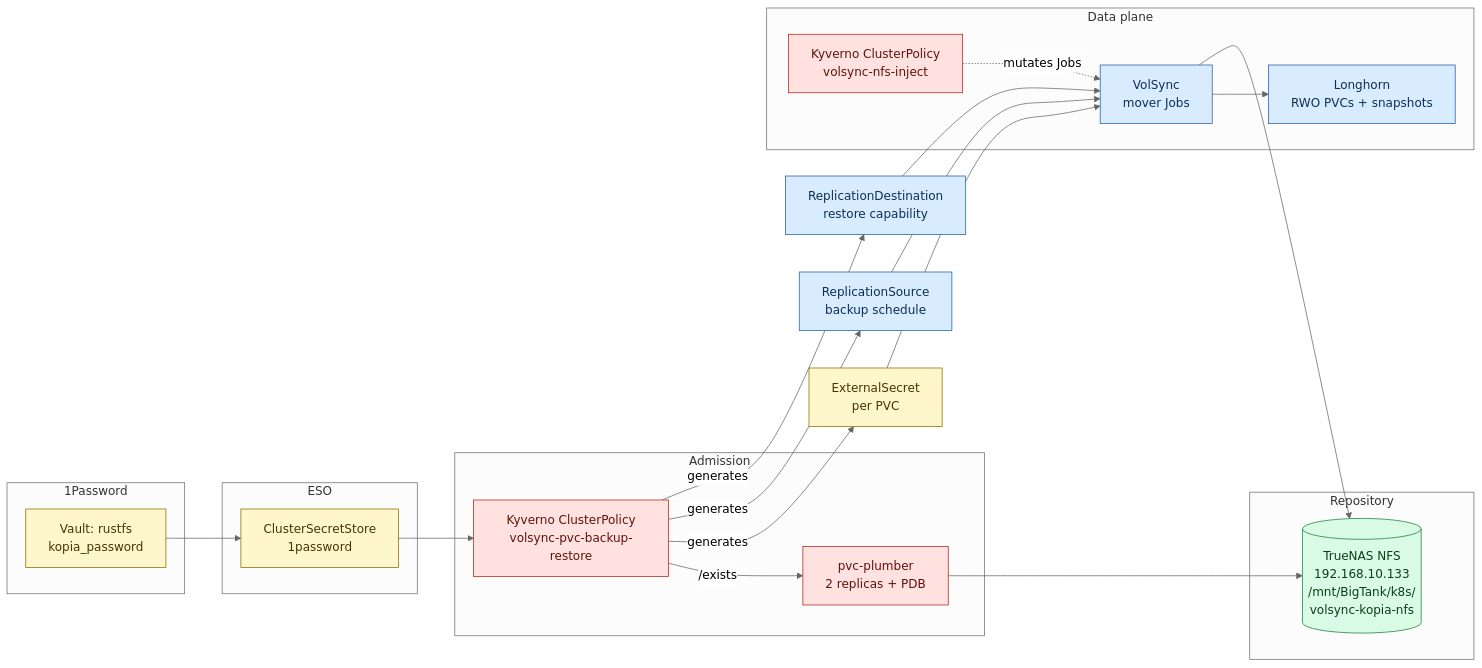
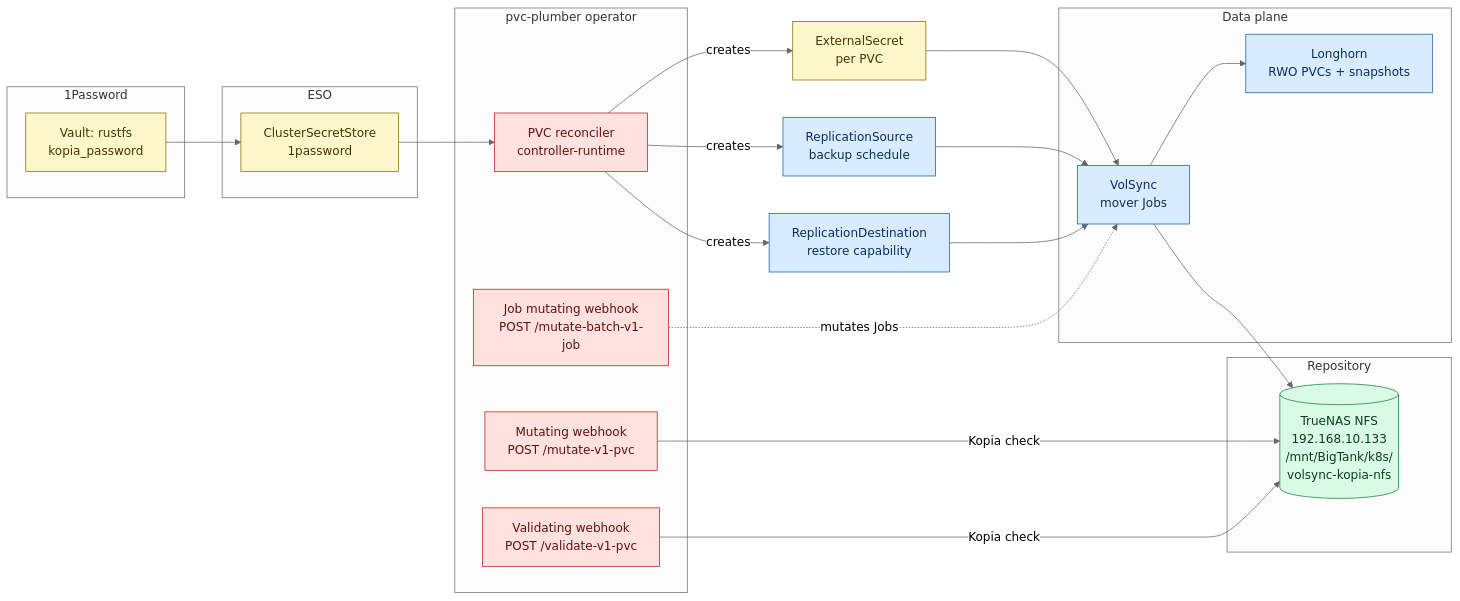
One commit to mitchross/talos-argocd-proxmox changed the fourth of 6 diagrams in docs/volsync-storage-recovery.md. Above: the diagram before and after it, drawn with Mermaid (neutral theme). The commit also changed other lines of this file and 3 other files, not shown here.

````diff
--- a/docs/volsync-storage-recovery.md
+++ b/docs/volsync-storage-recovery.md
@@ -294,42 +292,44 @@
 ```mermaid
 flowchart LR
     subgraph "1Password"
       OP[Vault: rustfs<br/>kopia_password]
     end
     subgraph "ESO"
       CSS[ClusterSecretStore<br/>1password]
     end
-    subgraph "Admission"
-      KY[Kyverno ClusterPolicy<br/>volsync-pvc-backup-restore]
-      PL[pvc-plumber<br/>2 replicas + PDB]
+    subgraph "pvc-plumber operator"
+      MUT[Mutating webhook<br/>POST /mutate-v1-pvc]
+      VAL[Validating webhook<br/>POST /validate-v1-pvc]
+      REC[PVC reconciler<br/>controller-runtime]
+      JOB[Job mutating webhook<br/>POST /mutate-batch-v1-job]
     end
     subgraph "Data plane"
       LH[Longhorn<br/>RWO PVCs + snapshots]
       VS[VolSync<br/>mover Jobs]
-      INJ[Kyverno ClusterPolicy<br/>volsync-nfs-inject]
     end
     subgraph "Repository"
       NFS[(TrueNAS NFS<br/>192.168.10.133<br/>/mnt/BigTank/k8s/<br/>volsync-kopia-nfs)]
     end
 
-    OP --> CSS --> KY
-    KY -- /exists --> PL --> NFS
-    KY -- generates --> ES[ExternalSecret<br/>per PVC]
-    KY -- generates --> RS[ReplicationSource<br/>backup schedule]
-    KY -- generates --> RD[ReplicationDestination<br/>restore capability]
+    OP --> CSS --> REC
+    MUT -- Kopia check --> NFS
+    VAL -- Kopia check --> NFS
+    REC -- creates --> ES[ExternalSecret<br/>per PVC]
+    REC -- creates --> RS[ReplicationSource<br/>backup schedule]
+    REC -- creates --> RD[ReplicationDestination<br/>restore capability]
     ES --> VS
     RS --> VS
     RD --> VS
-    INJ -. mutates Jobs .-> VS
+    JOB -. mutates Jobs .-> VS
     VS --> LH
     VS --> NFS
 
     classDef secret fill:#fff7cc,stroke:#8a6d00,color:#453500;
     classDef admit fill:#ffe1df,stroke:#b42318,color:#5f130d;
     classDef data fill:#d9ecff,stroke:#1d5fa7,color:#0b2f57;
     classDef store fill:#d9fbe5,stroke:#16803c,color:#0b3d1b;
     class OP,CSS,ES secret;
-    class KY,PL,INJ admit;
+    class MUT,VAL,REC,JOB admit;
     class LH,VS,RS,RD data;
     class NFS store;
 ```
````
